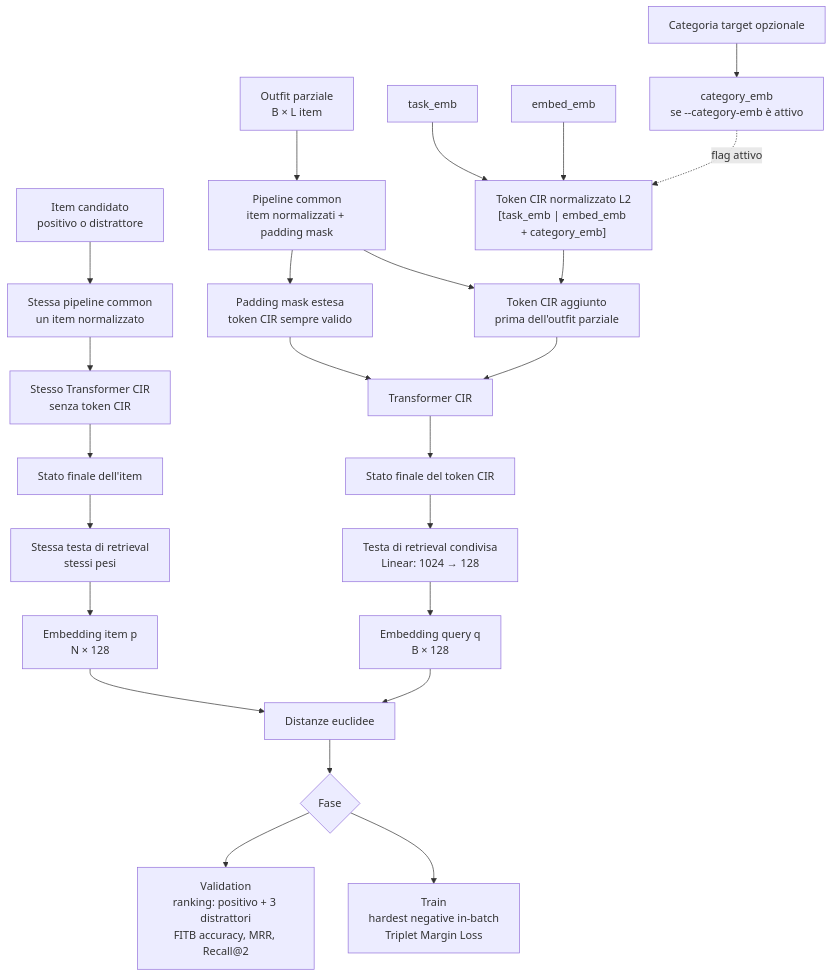
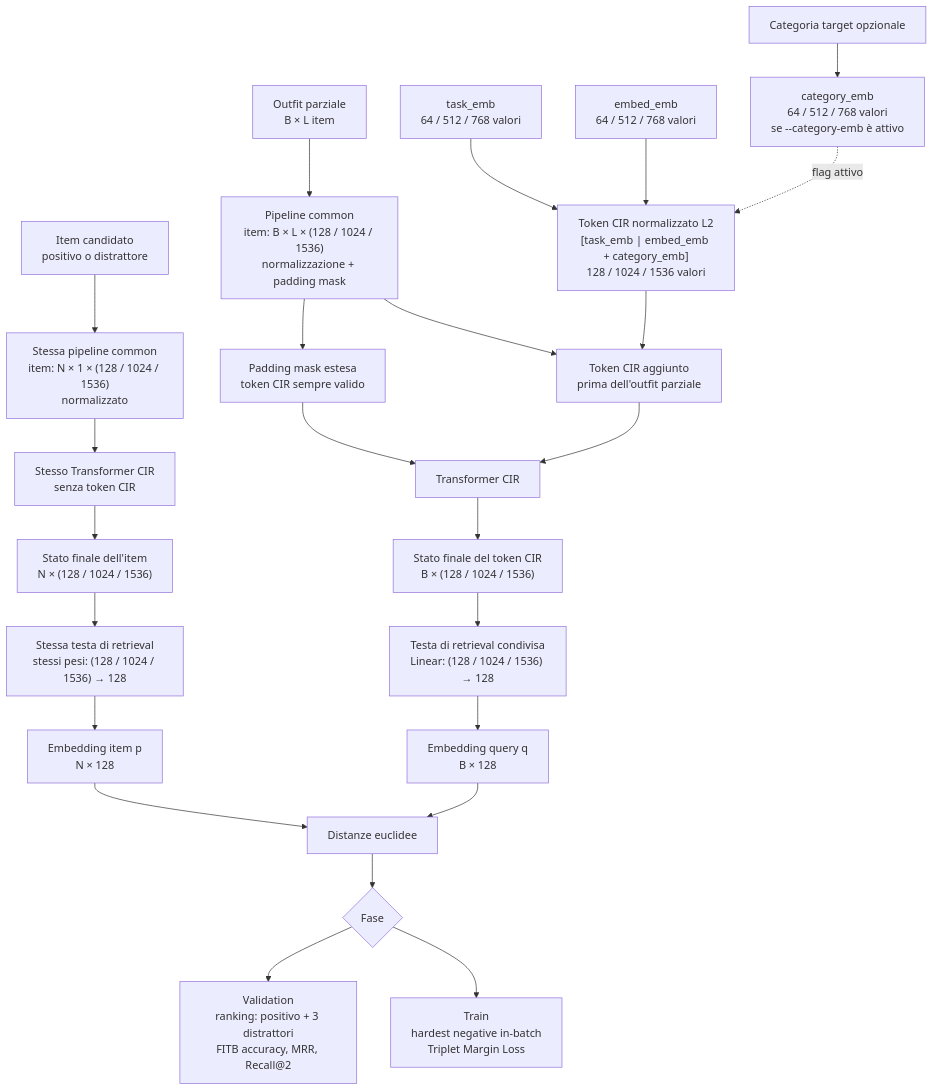
The diagram in training/CIR/README.md (FlorindoDev/OutfitTransformer), drawn with Mermaid before and after one commit. The commit also changed other lines of this file and 26 other files, not shown here.

````diff
--- a/training/CIR/README.md
+++ b/training/CIR/README.md
@@ -93,56 +97,56 @@
 ```mermaid
 flowchart TD
     PARTIAL["Outfit parziale<br/>B × L item"]
     TARGET["Categoria target opzionale"]
     ITEM["Item candidato<br/>positivo o distrattore"]
 
-    COMMON_QUERY["Pipeline common<br/>item normalizzati + padding mask"]
-    COMMON_ITEM["Stessa pipeline common<br/>un item normalizzato"]
+    COMMON_QUERY["Pipeline common<br/>item: B × L × (128 / 1024 / 1536)<br/>normalizzazione + padding mask"]
+    COMMON_ITEM["Stessa pipeline common<br/>item: N × 1 × (128 / 1024 / 1536)<br/>normalizzato"]
 
-    TASK["task_emb"]
-    EMBED["embed_emb"]
-    CATEGORY["category_emb<br/>se --category-emb è attivo"]
-    TOKEN["Token CIR normalizzato L2<br/>[task_emb | embed_emb + category_emb]"]
+    TASK["task_emb<br/>64 / 512 / 768 valori"]
+    EMBED["embed_emb<br/>64 / 512 / 768 valori"]
+    CATEGORY["category_emb<br/>64 / 512 / 768 valori<br/>se --category-emb è attivo"]
+    TOKEN["Token CIR normalizzato L2<br/>[task_emb | embed_emb + category_emb]<br/>128 / 1024 / 1536 valori"]
     QUERY_INPUT["Token CIR aggiunto<br/>prima dell'outfit parziale"]
     MASK["Padding mask estesa<br/>token CIR sempre valido"]
 
     CIR_QUERY["Transformer CIR"]
     CIR_ITEM["Stesso Transformer CIR<br/>senza token CIR"]
-    QUERY_STATE["Stato finale del token CIR"]
-    ITEM_STATE["Stato finale dell'item"]
-    QUERY_HEAD["Testa di retrieval condivisa<br/>Linear: 1024 → 128"]
-    ITEM_HEAD["Stessa testa di retrieval<br/>stessi pesi"]
+    QUERY_STATE["Stato finale del token CIR<br/>B × (128 / 1024 / 1536)"]
+    ITEM_STATE["Stato finale dell'item<br/>N × (128 / 1024 / 1536)"]
+    QUERY_HEAD["Testa di retrieval condivisa<br/>Linear: (128 / 1024 / 1536) → 128"]
+    ITEM_HEAD["Stessa testa di retrieval<br/>stessi pesi: (128 / 1024 / 1536) → 128"]
     QUERY_VECTOR["Embedding query q<br/>B × 128"]
     ITEM_VECTOR["Embedding item p<br/>N × 128"]
 
     DISTANCE["Distanze euclidee"]
     TRAIN{"Fase"}
     TRIPLET["Train<br/>hardest negative in-batch<br/>Triplet Margin Loss"]
     FITB["Validation<br/>ranking: positivo + 3 distrattori<br/>FITB accuracy, MRR, Recall@2"]
 
     PARTIAL --> COMMON_QUERY
     COMMON_QUERY --> QUERY_INPUT
     COMMON_QUERY --> MASK
     TASK --> TOKEN
     EMBED --> TOKEN
     TARGET --> CATEGORY
     CATEGORY -. flag attivo .-> TOKEN
     TOKEN --> QUERY_INPUT
     QUERY_INPUT --> CIR_QUERY
     MASK --> CIR_QUERY
     CIR_QUERY --> QUERY_STATE
     QUERY_STATE --> QUERY_HEAD
     QUERY_HEAD --> QUERY_VECTOR
 
     ITEM --> COMMON_ITEM
     COMMON_ITEM --> CIR_ITEM
     CIR_ITEM --> ITEM_STATE
     ITEM_STATE --> ITEM_HEAD
     ITEM_HEAD --> ITEM_VECTOR
 
     QUERY_VECTOR --> DISTANCE
     ITEM_VECTOR --> DISTANCE
     DISTANCE --> TRAIN
     TRAIN --> TRIPLET
     TRAIN --> FITB
 ```
````
